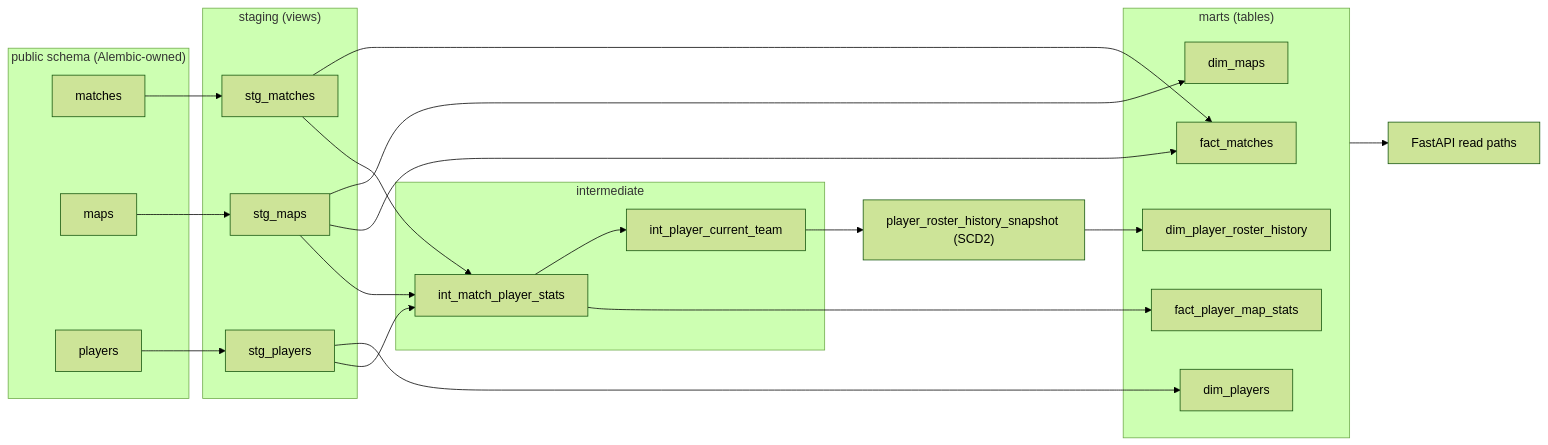
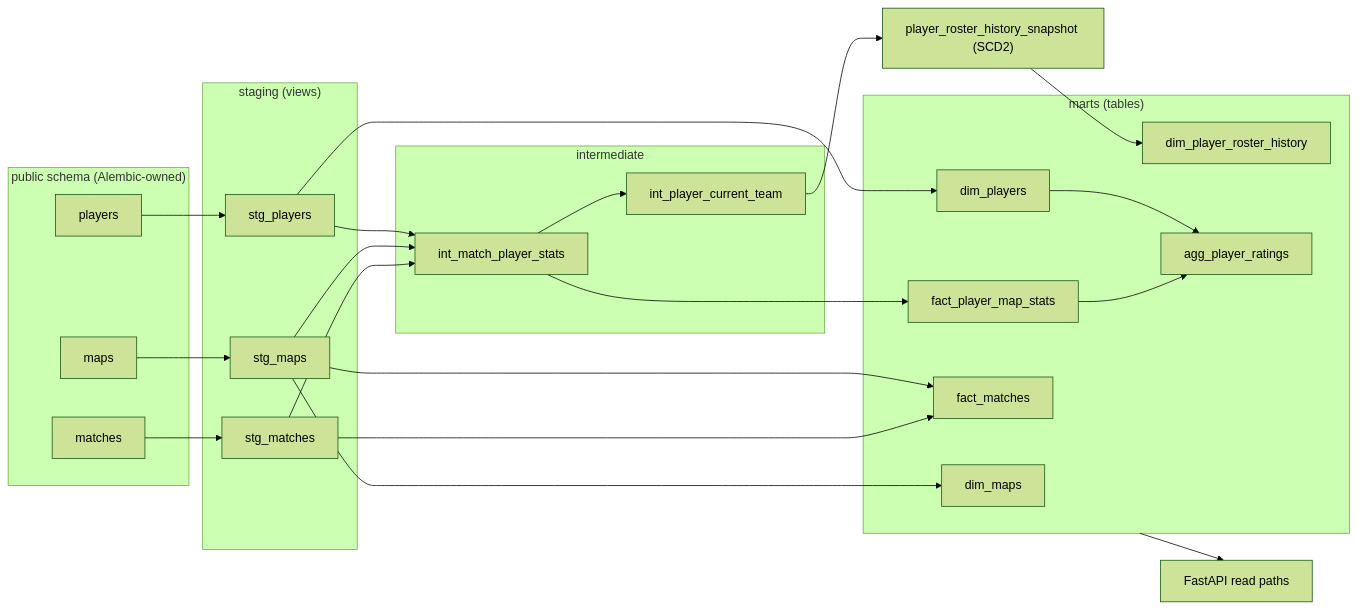
One commit to dardenkyle/CS2-analytics changed the diagram in README.md. Above: the diagram before and after it, drawn with Mermaid (forest theme). The commit also changed other lines of this file and 17 other files, not shown here.

````diff
--- a/README.md
+++ b/README.md
@@ -658,42 +657,45 @@
 ```mermaid
 flowchart LR
     subgraph sources["public schema (Alembic-owned)"]
         matches
         maps
         players
     end
     subgraph staging["staging (views)"]
         stg_matches
         stg_maps
         stg_players
     end
     subgraph intermediate["intermediate"]
         int_mps["int_match_player_stats"]
         int_pct["int_player_current_team"]
     end
     subgraph marts["marts (tables)"]
         fact_matches
         fact_pms["fact_player_map_stats"]
         dim_players
         dim_maps
         dim_prh["dim_player_roster_history"]
+        agg_pr["agg_player_ratings"]
     end
     snap["player_roster_history_snapshot (SCD2)"]
     api["FastAPI read paths"]
 
     matches --> stg_matches
     maps --> stg_maps
     players --> stg_players
     stg_matches --> int_mps
     stg_maps --> int_mps
     stg_players --> int_mps
     stg_matches --> fact_matches
     stg_maps --> fact_matches
     stg_maps --> dim_maps
     stg_players --> dim_players
     int_mps --> fact_pms
+    fact_pms --> agg_pr
+    dim_players --> agg_pr
     int_mps --> int_pct
     int_pct --> snap
     snap --> dim_prh
     marts --> api
 ```
````
